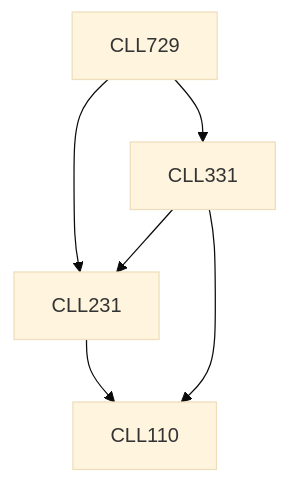
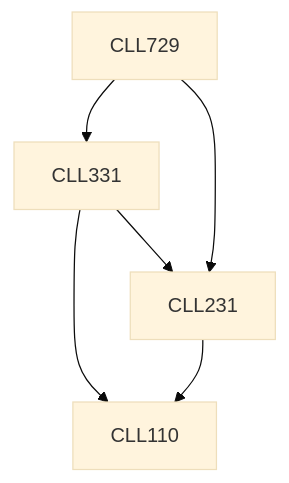
The diagram in content/Chemical Engineering/CLL729.md (KeshavBansal0122/CoS_Website), drawn with Mermaid (base theme) before and after one commit. The commit also changed other lines of this file and 2662 other files, not shown here.

````diff
--- a/content/Chemical Engineering/CLL729.md
+++ b/content/Chemical Engineering/CLL729.md
@@ -13,12 +13,12 @@
 ```mermaid
 flowchart TD
 CLL729-133[CLL729]
+CLL331-133 --> CLL110-133[CLL110]
+CLL331-133 --> CLL231-133[CLL231]
 CLL729-133 --> CLL231-133[CLL231]
-CLL331-133 --> CLL231-133[CLL231]
-CLL331-133 --> CLL110-133[CLL110]
+CLL231-133 --> CLL110-133[CLL110]
 CLL729-133 --> CLL331-133[CLL331]
-CLL231-133 --> CLL110-133[CLL110]
 
 classDef empty height:17px, fill:transparent, stroke:transparent;
 classDef trueEmpty height:0px, width:0px;
 ```
````
